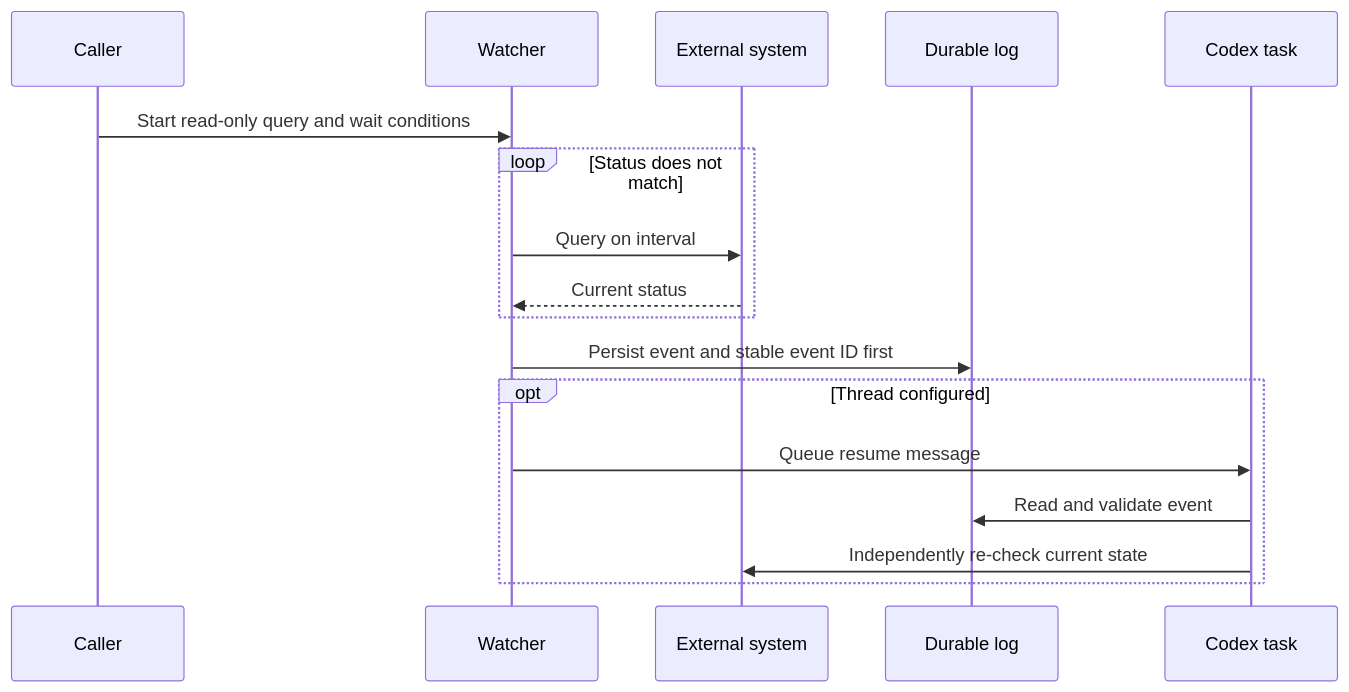
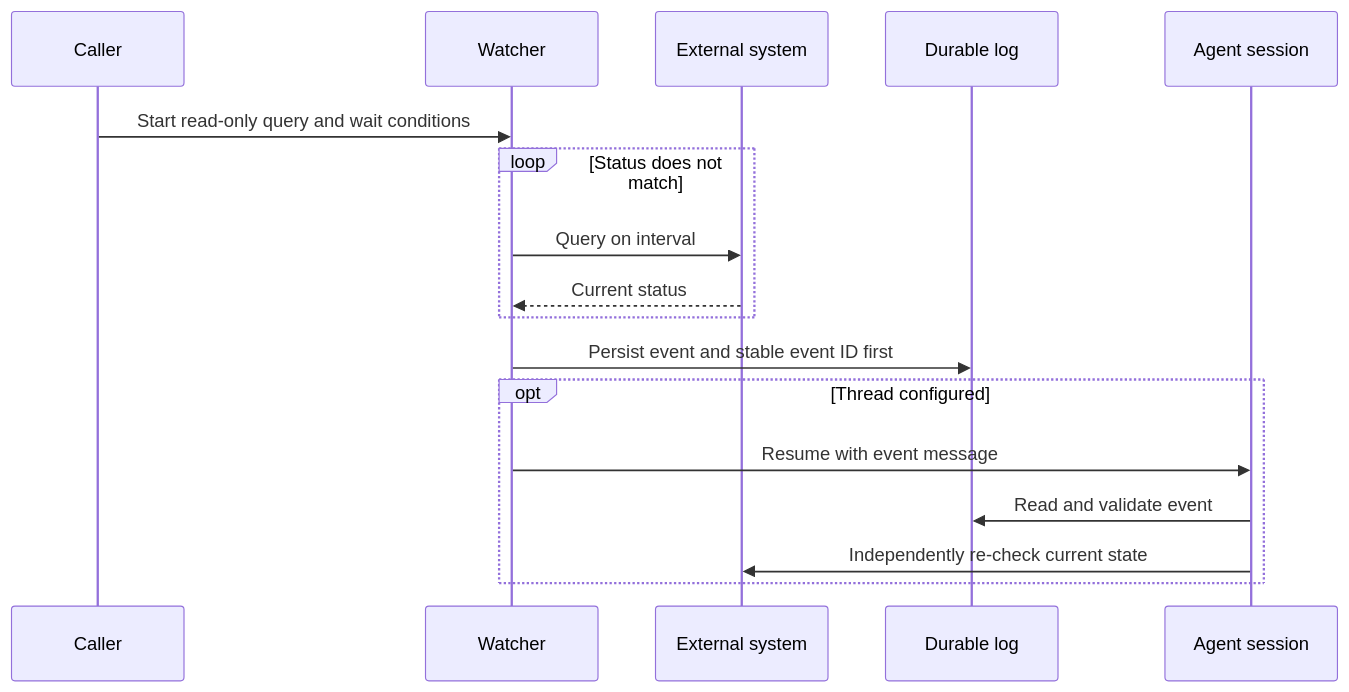
The first of 2 diagrams in docs/wait.md (wenxueru/wait-skill), drawn with Mermaid before and after one commit. The commit also changed other lines of this file and 27 other files, not shown here.

````diff
--- a/docs/wait.md
+++ b/docs/wait.md
@@ -9,20 +9,20 @@
 ```mermaid
 sequenceDiagram
     participant R as Caller
     participant W as Watcher
     participant E as External system
     participant L as Durable log
-    participant C as Codex task
+    participant C as Agent session
 
     R->>W: Start read-only query and wait conditions
     loop Status does not match
         W->>E: Query on interval
         E-->>W: Current status
     end
     W->>L: Persist event and stable event ID first
     opt Thread configured
-        W->>C: Queue resume message
+        W->>C: Resume with event message
         C->>L: Read and validate event
         C->>E: Independently re-check current state
     end
 ```
````
